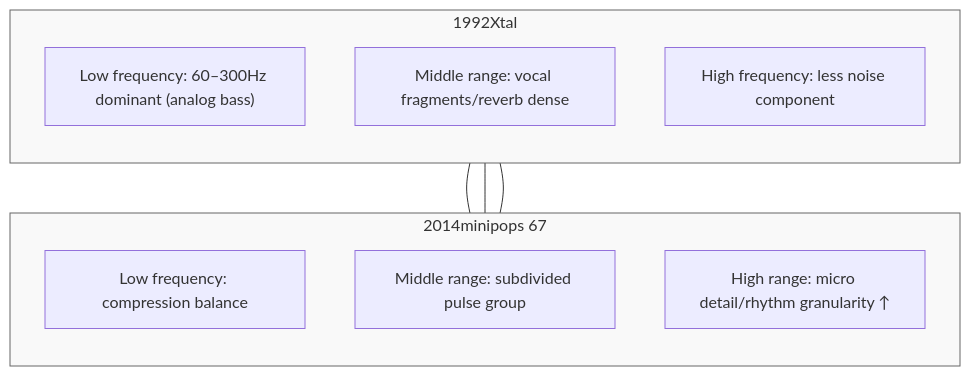
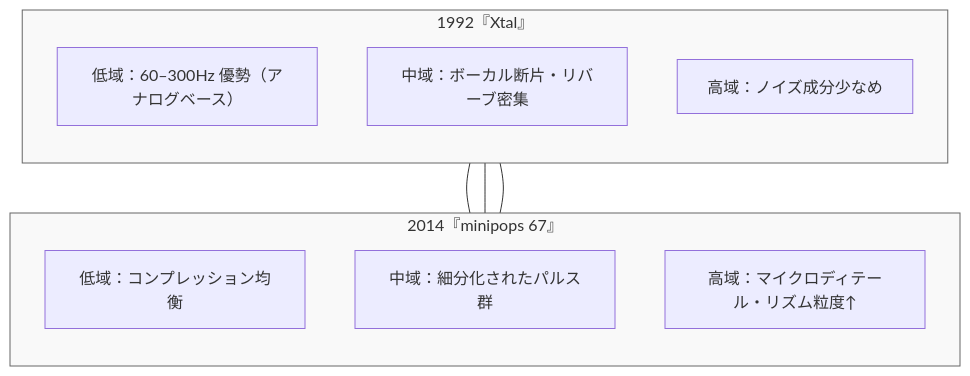
One commit to monumental-movement/monumental-movement.github.io changed the fifth of 7 diagrams in en/_posts/2025-10-24-column-aphex_twin_evolution.md. Above: the diagram before and after it, drawn with Mermaid. The commit also changed other lines of this file and 1724 other files, not shown here.

```diff
--- a/en/_posts/2025-10-24-column-aphex_twin_evolution.md
+++ b/en/_posts/2025-10-24-column-aphex_twin_evolution.md
@@ -348,25 +346,25 @@
 <div class="mermaid">
 
 flowchart TB
-subgraph LEFT["1992"Xtal""]
-direction TB
-L1["Low frequency: 60–300Hz dominant (analog bass)"]
-L2["Middle range: vocal fragments/reverb dense"]
-L3["High frequency: less noise component"]
-end
+    subgraph LEFT["1992『Xtal』"]
+        direction TB
+        L1["低域：60–300Hz 優勢（アナログベース）"]
+        L2["中域：ボーカル断片・リバーブ密集"]
+        L3["高域：ノイズ成分少なめ"]
+    end
 
-subgraph RIGHT["2014"minipops 67""]
-direction TB
-R1["Low frequency: compression balance"]
-R2["Middle range: subdivided pulse group"]
-R3["High range: micro detail/rhythm granularity ↑"]
-end
+    subgraph RIGHT["2014『minipops 67』"]
+        direction TB
+        R1["低域：コンプレッション均衡"]
+        R2["中域：細分化されたパルス群"]
+        R3["高域：マイクロディテール・リズム粒度↑"]
+    end
 
-L1 --- R1
-L2 --- R2
-L3 --- R3
+    L1 --- R1
+    L2 --- R2
+    L3 --- R3
 
-style LEFT fill:#f9f9f9,stroke:#666,stroke-width:1px
-style RIGHT fill:#f9f9f9,stroke:#666,stroke-width:1px
+    style LEFT fill:#f9f9f9,stroke:#666,stroke-width:1px
+    style RIGHT fill:#f9f9f9,stroke:#666,stroke-width:1px
 
 </div>
```
